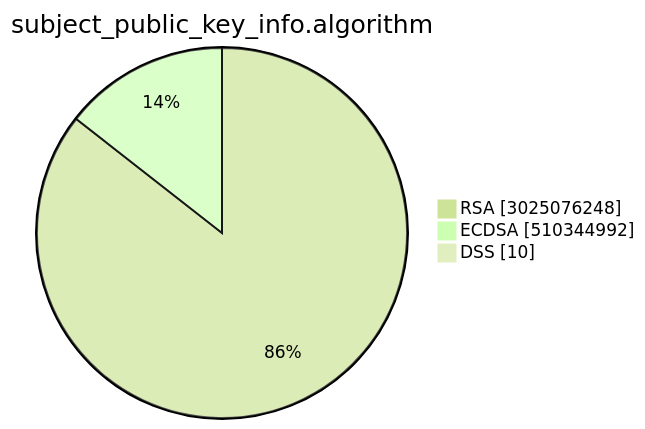
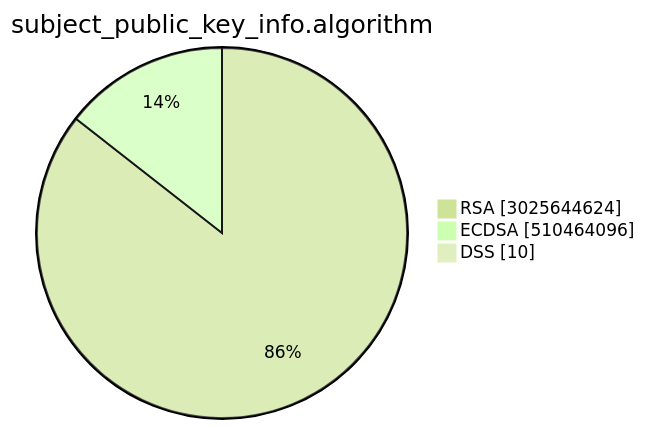
The second of 15 diagrams in TOTAL/README.md (christiankrug/ctmonitor_visualization), drawn with Mermaid (forest theme) before and after one commit. The commit also changed other lines of this file, not shown here.

````diff
--- a/TOTAL/README.md
+++ b/TOTAL/README.md
@@ -6,7 +6,7 @@
 ```mermaid
 pie showData
 title subject_public_key_info.algorithm
-"RSA" :3025076248
-"ECDSA" :510344992
+"RSA" :3025644624
+"ECDSA" :510464096
 "DSS" :10
 ```
````
